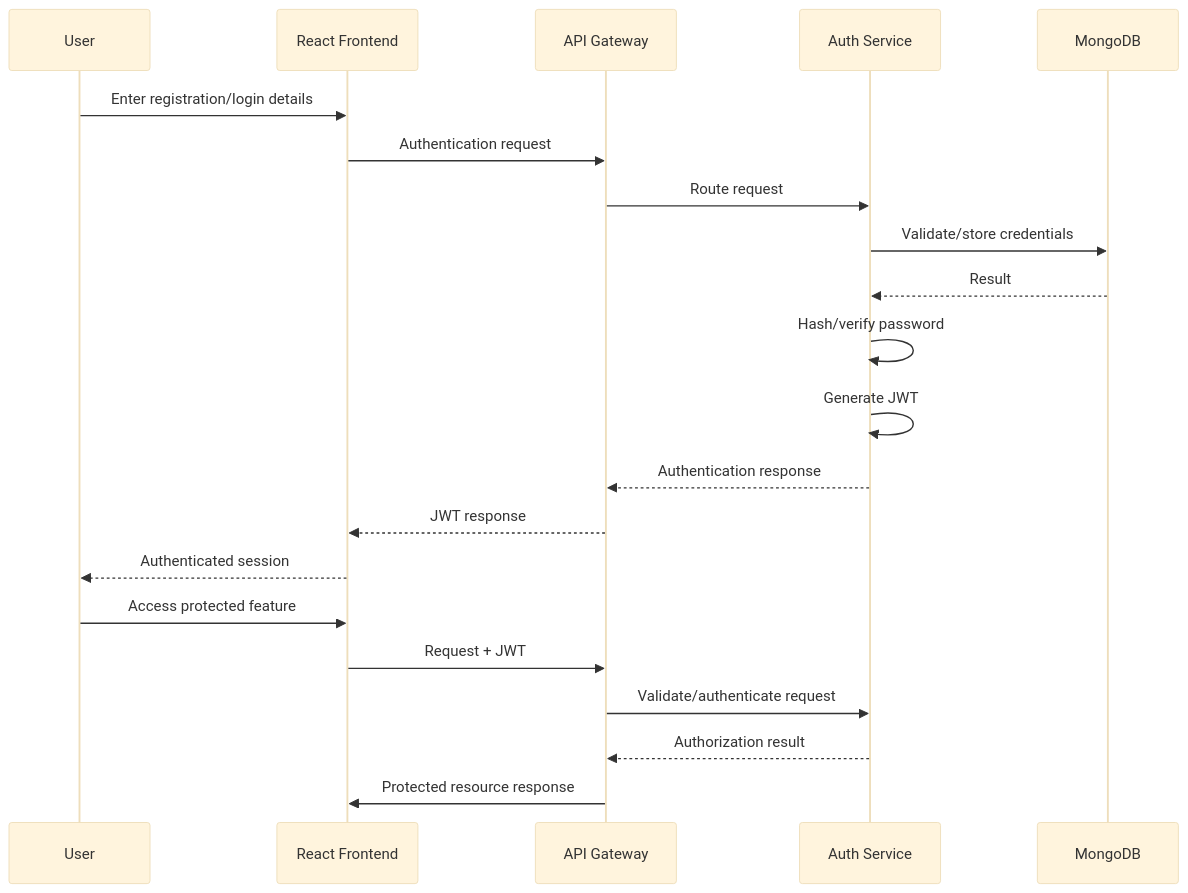
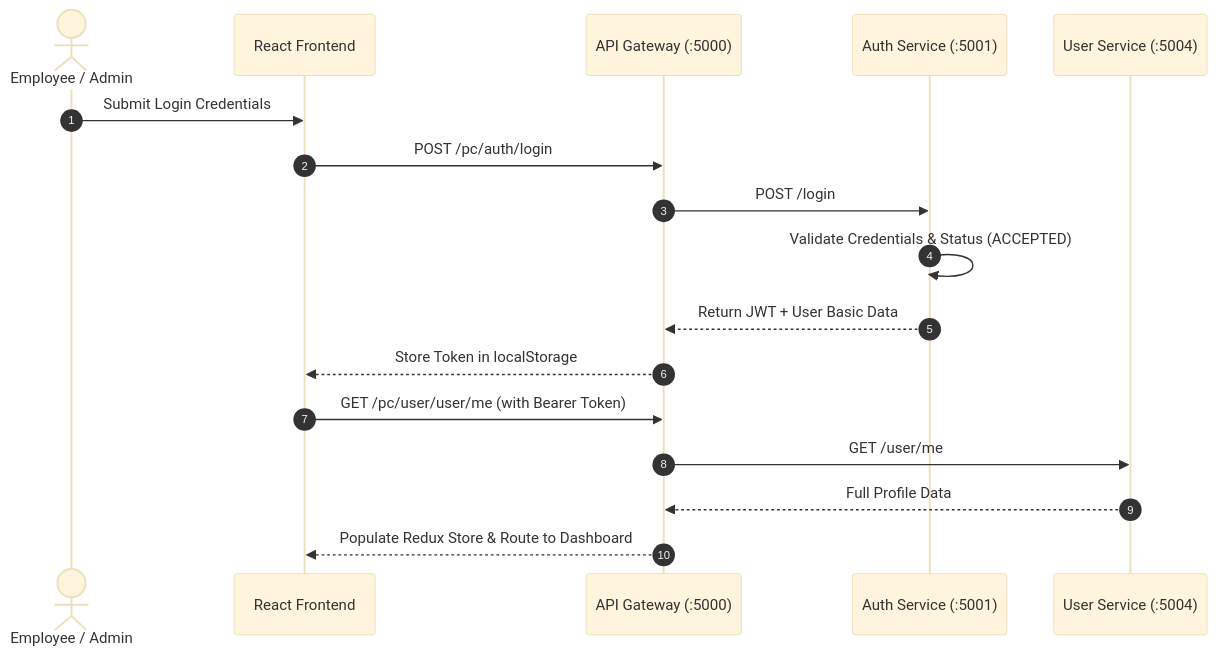
One commit to Pratik765/peoplecore changed the second of 2 diagrams in README.md. Above: the diagram before and after it, drawn with Mermaid (base theme). The commit also changed other lines of this file and 53 other files, not shown here.

Commit message:
feat: migrate to database-per-service architecture, update dynamic Indian user data with Pratik Kamble as admin, and revamp README diagrams

````diff
--- a/README.md
+++ b/README.md
@@ -335,30 +197,20 @@
-``` mermaid
+```mermaid
 sequenceDiagram
-    participant U as User
-    participant F as React Frontend
-    participant G as API Gateway
-    participant A as Auth Service
-    participant DB as MongoDB
+    autonumber
+    actor User as Employee / Admin
+    participant UI as React Frontend
+    participant GW as API Gateway (:5000)
+    participant Auth as Auth Service (:5001)
+    participant UserSvc as User Service (:5004)
 
-    U->>F: Enter registration/login details
-
-    F->>G: Authentication request
-    G->>A: Route request
-
-    A->>DB: Validate/store credentials
-    DB-->>A: Result
-
-    A->>A: Hash/verify password
-    A->>A: Generate JWT
-
-    A-->>G: Authentication response
-    G-->>F: JWT response
-    F-->>U: Authenticated session
-
-    U->>F: Access protected feature
-    F->>G: Request + JWT
-    G->>A: Validate/authenticate request
-
-    A-->>G: Authorization result
-    G->>F: Protected resource response
+    User->>UI: Submit Login Credentials
+    UI->>GW: POST /pc/auth/login
+    GW->>Auth: POST /login
+    Auth->>Auth: Validate Credentials & Status (ACCEPTED)
+    Auth-->>GW: Return JWT + User Basic Data
+    GW-->>UI: Store Token in localStorage
+    UI->>GW: GET /pc/user/user/me (with Bearer Token)
+    GW->>UserSvc: GET /user/me
+    UserSvc-->>GW: Full Profile Data
+    GW-->>UI: Populate Redux Store & Route to Dashboard
 ```
````
